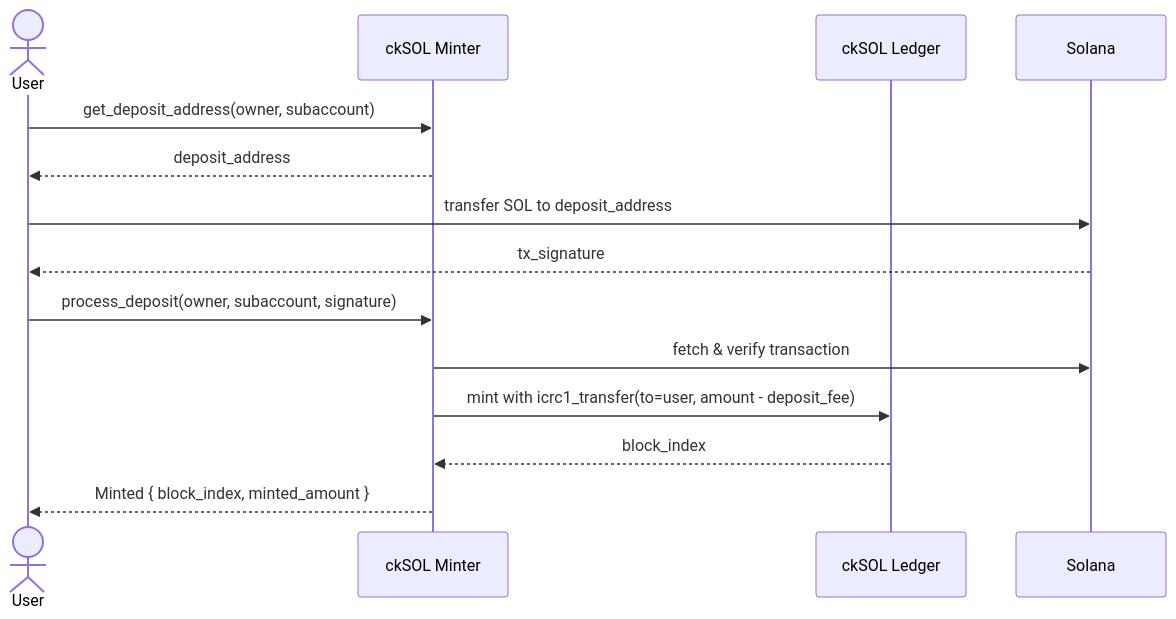
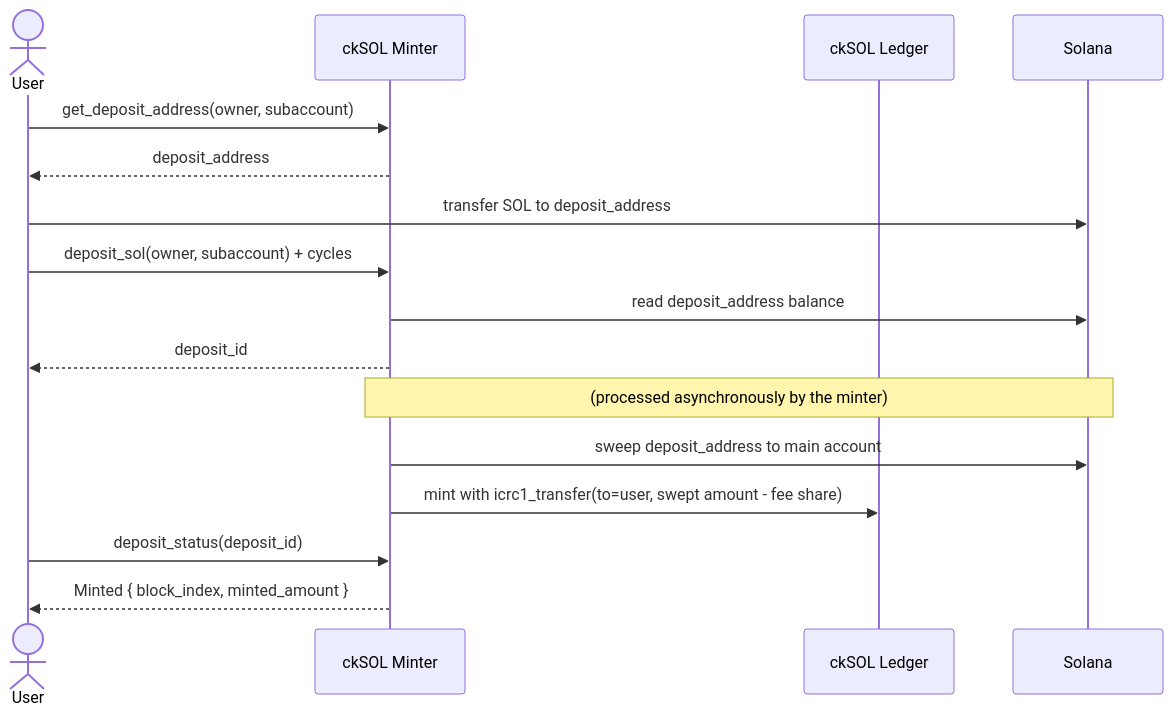
The first of 3 diagrams in README.md (dfinity/cksol), drawn with Mermaid before and after one commit. The commit also changed other lines of this file, not shown here.

Commit message:
docs: document the deposit flow via deposit_sol

````diff
--- a/README.md
+++ b/README.md
@@ -57,19 +56,23 @@
 ```mermaid
 sequenceDiagram
     actor User
     participant Minter as ckSOL Minter
     participant Ledger as ckSOL Ledger
     participant Solana
 
     User->>Minter: get_deposit_address(owner, subaccount)
     Minter-->>User: deposit_address
 
     User->>Solana: transfer SOL to deposit_address
-    Solana-->>User: tx_signature
 
-    User->>Minter: process_deposit(owner, subaccount, signature)
-    Minter->>Solana: fetch & verify transaction
-    Minter->>Ledger: mint with icrc1_transfer(to=user, amount - deposit_fee)
-    Ledger-->>Minter: block_index
+    User->>Minter: deposit_sol(owner, subaccount) + cycles
+    Minter->>Solana: read deposit_address balance
+    Minter-->>User: deposit_id
+
+    Note over Minter,Solana: (processed asynchronously by the minter)
+    Minter->>Solana: sweep deposit_address to main account
+    Minter->>Ledger: mint with icrc1_transfer(to=user, swept amount - fee share)
+
+    User->>Minter: deposit_status(deposit_id)
     Minter-->>User: Minted { block_index, minted_amount }
 ```
````
